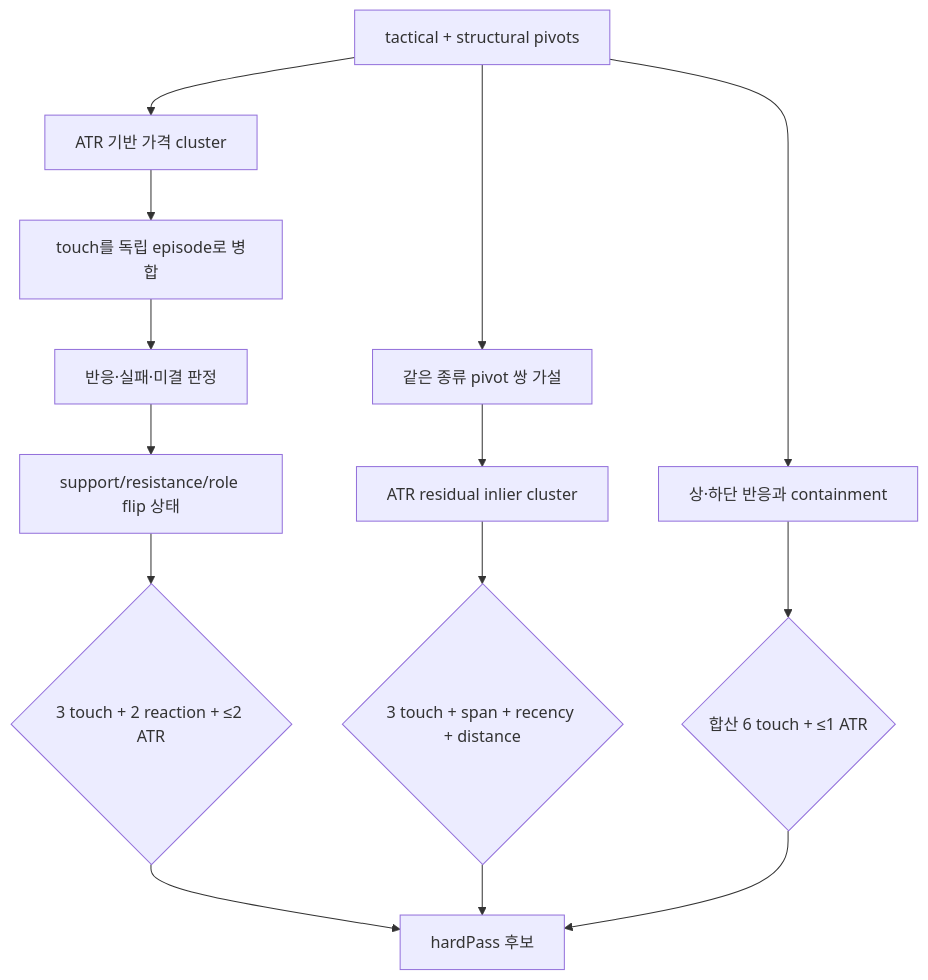
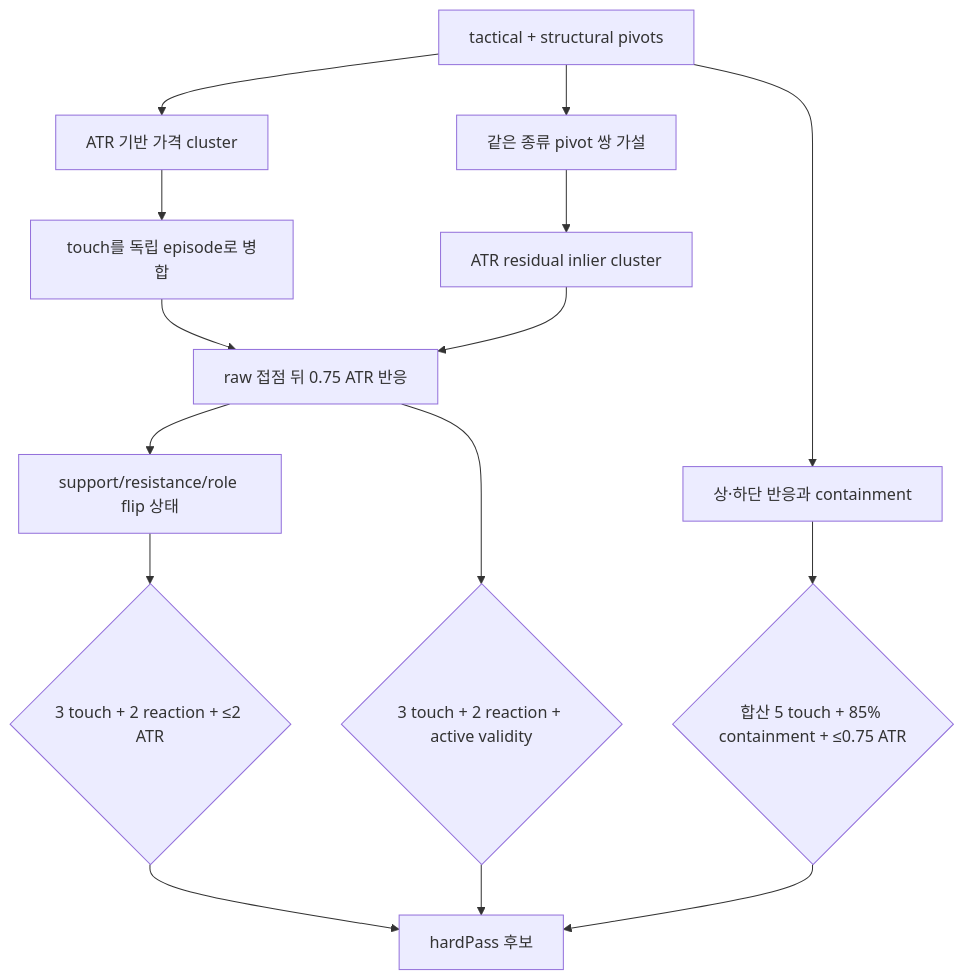
The fourth of 9 diagrams in docs/CHART_ANALYSIS_ASSETS.md (seunglee10/GOPS-BE), drawn with Mermaid before and after one commit. The commit also changed other lines of this file and 74 other files, not shown here.

Commit message:
feat(chart-assets): harden analysis reliability and quality

````diff
--- a/docs/CHART_ANALYSIS_ASSETS.md
+++ b/docs/CHART_ANALYSIS_ASSETS.md
@@ -115,19 +119,20 @@
 ```mermaid
 flowchart TD
   Pivot["tactical + structural pivots"] --> Level["ATR 기반 가격 cluster"]
   Level --> Episode["touch를 독립 episode로 병합"]
   Episode --> Reaction["반응·실패·미결 판정"]
   Reaction --> Role["support/resistance/role flip 상태"]
   Role --> LevelGate{"3 touch + 2 reaction + ≤2 ATR"}
 
   Pivot --> Hypothesis["같은 종류 pivot 쌍 가설"]
   Hypothesis --> Inlier["ATR residual inlier cluster"]
-  Inlier --> TrendGate{"3 touch + span + recency + distance"}
+  Inlier --> Reaction["raw 접점 뒤 0.75 ATR 반응"]
+  Reaction --> TrendGate{"3 touch + 2 reaction + active validity"}
 
   Pivot --> Range["상·하단 반응과 containment"]
-  Range --> RangeGate{"합산 6 touch + ≤1 ATR"}
+  Range --> RangeGate{"합산 5 touch + 85% containment + ≤0.75 ATR"}
 
   LevelGate --> Candidate["hardPass 후보"]
   TrendGate --> Candidate
   RangeGate --> Candidate
 ```
````
